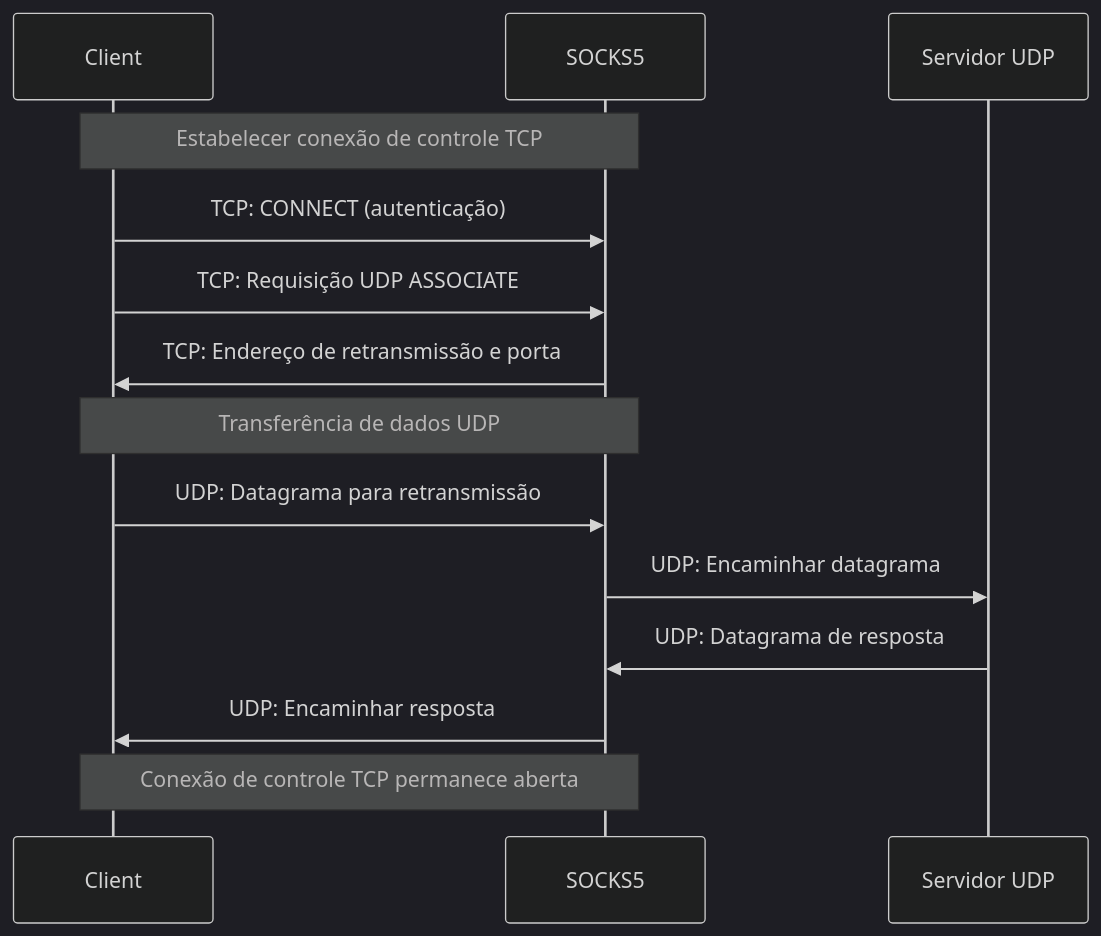
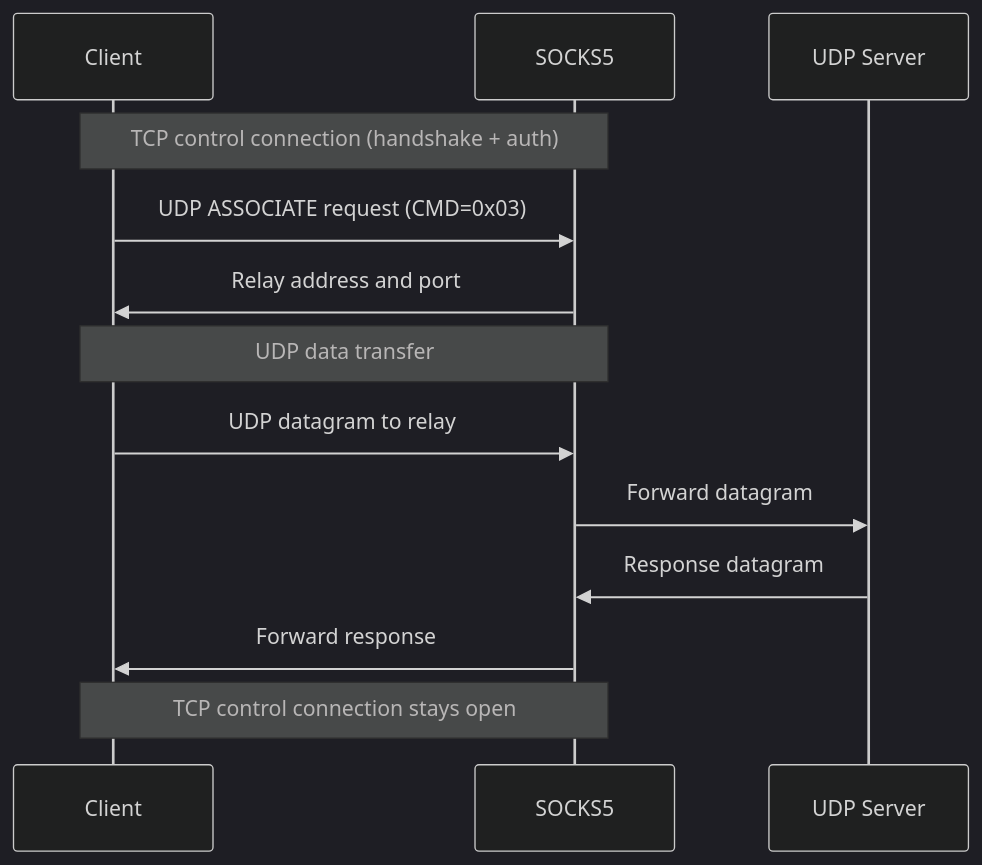
The second of 3 diagrams in docs/pt/deep-dive/network/socks-proxies.md (autoscrape-labs/pydoll), drawn with Mermaid (dark theme) before and after one commit. The commit also changed other lines of this file and 9 other files, not shown here.

````diff
--- a/docs/pt/deep-dive/network/socks-proxies.md
+++ b/docs/pt/deep-dive/network/socks-proxies.md
@@ -269,19 +162,18 @@
 ```mermaid
 sequenceDiagram
     participant Client
     participant SOCKS5
-    participant UDP_Server as Servidor UDP
-    
-    Note over Client,SOCKS5: Estabelecer conexão de controle TCP
-    Client->>SOCKS5: TCP: CONNECT (autenticação)
-    Client->>SOCKS5: TCP: Requisição UDP ASSOCIATE
-    SOCKS5->>Client: TCP: Endereço de retransmissão e porta
-    
-    Note over Client,SOCKS5: Transferência de dados UDP
-    Client->>SOCKS5: UDP: Datagrama para retransmissão
-    SOCKS5->>UDP_Server: UDP: Encaminhar datagrama
-    UDP_Server->>SOCKS5: UDP: Datagrama de resposta
-    SOCKS5->>Client: UDP: Encaminhar resposta
-    
-    Note over Client,SOCKS5: Conexão de controle TCP permanece aberta
+    participant UDP_Server as UDP Server
+
+    Note over Client,SOCKS5: TCP control connection (handshake + auth)
+    Client->>SOCKS5: UDP ASSOCIATE request (CMD=0x03)
+    SOCKS5->>Client: Relay address and port
+
+    Note over Client,SOCKS5: UDP data transfer
+    Client->>SOCKS5: UDP datagram to relay
+    SOCKS5->>UDP_Server: Forward datagram
+    UDP_Server->>SOCKS5: Response datagram
+    SOCKS5->>Client: Forward response
+
+    Note over Client,SOCKS5: TCP control connection stays open
 ```
````
